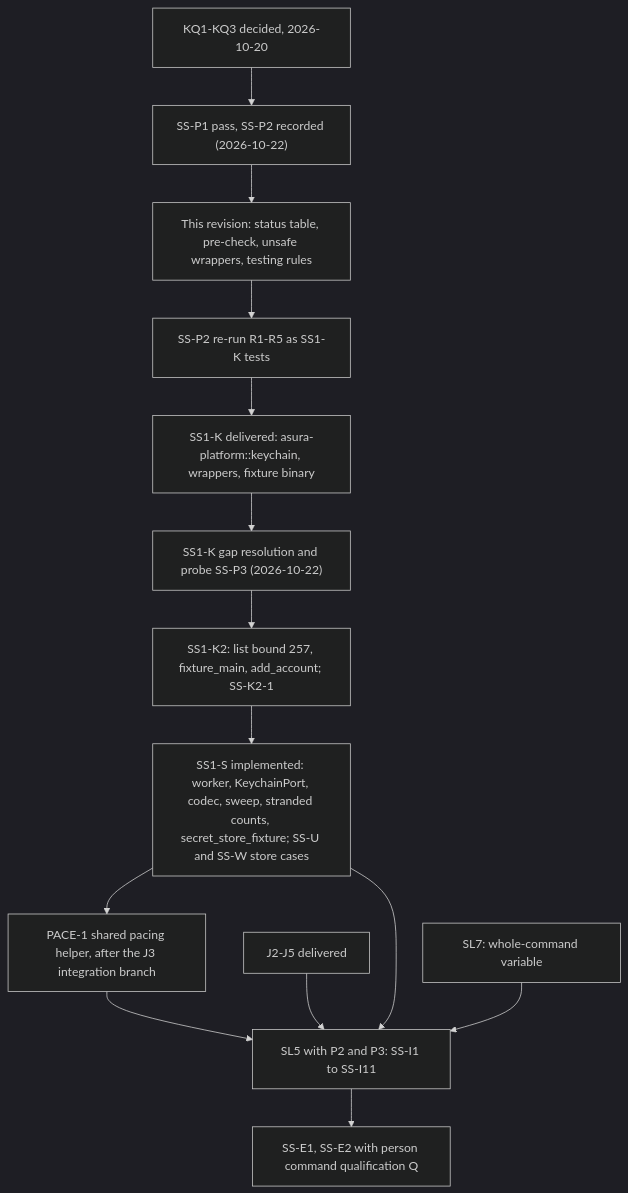
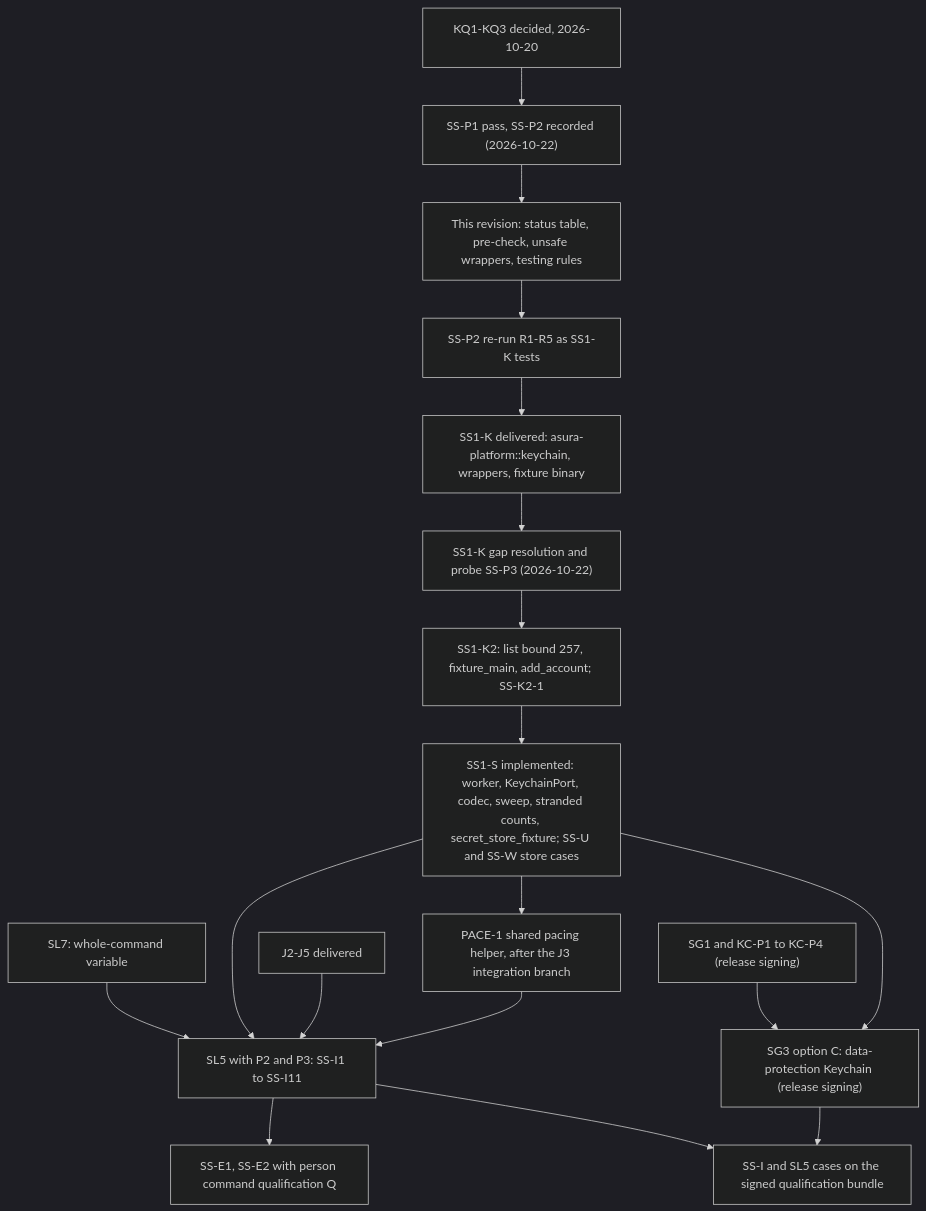
One commit to pidster/asura changed the fourth of 4 diagrams in docs/designs/secret-store.md. Above: the diagram before and after it, drawn with Mermaid (dark theme). The commit also changed other lines of this file and 7 other files, not shown here.

First line of the commit message:
Record the release signing design

````diff
--- a/docs/designs/secret-store.md
+++ b/docs/designs/secret-store.md
@@ -864,16 +918,20 @@
 ```mermaid
 flowchart TD
     KQ["KQ1-KQ3 decided, 2026-10-20"] --> Probe["SS-P1 pass, SS-P2 recorded (2026-10-22)"]
     Probe --> Rev["This revision: status table, pre-check, unsafe wrappers, testing rules"]
     Rev --> Rerun["SS-P2 re-run R1-R5 as SS1-K tests"]
     Rerun --> SSK["SS1-K delivered: asura-platform::keychain, wrappers, fixture binary"]
     SSK --> Gaps["SS1-K gap resolution and probe SS-P3 (2026-10-22)"]
     Gaps --> SSK2["SS1-K2: list bound 257, fixture_main, add_account; SS-K2-1"]
     SSK2 --> SSS["SS1-S implemented: worker, KeychainPort, codec, sweep, stranded counts, secret_store_fixture; SS-U and SS-W store cases"]
     SSS --> PACE["PACE-1 shared pacing helper, after the J3 integration branch"]
     PACE --> SL5
     J["J2-J5 delivered"] --> SL5["SL5 with P2 and P3: SS-I1 to SS-I11"]
     SSS --> SL5
     SL7["SL7: whole-command variable"] --> SL5
     SL5 --> E2E["SS-E1, SS-E2 with person command qualification Q"]
+    SSS --> SG3["SG3 option C: data-protection Keychain (release signing)"]
+    SGK["SG1 and KC-P1 to KC-P4 (release signing)"] --> SG3
+    SG3 --> E2E2["SS-I and SL5 cases on the signed qualification bundle"]
+    SL5 --> E2E2
 ```
````
